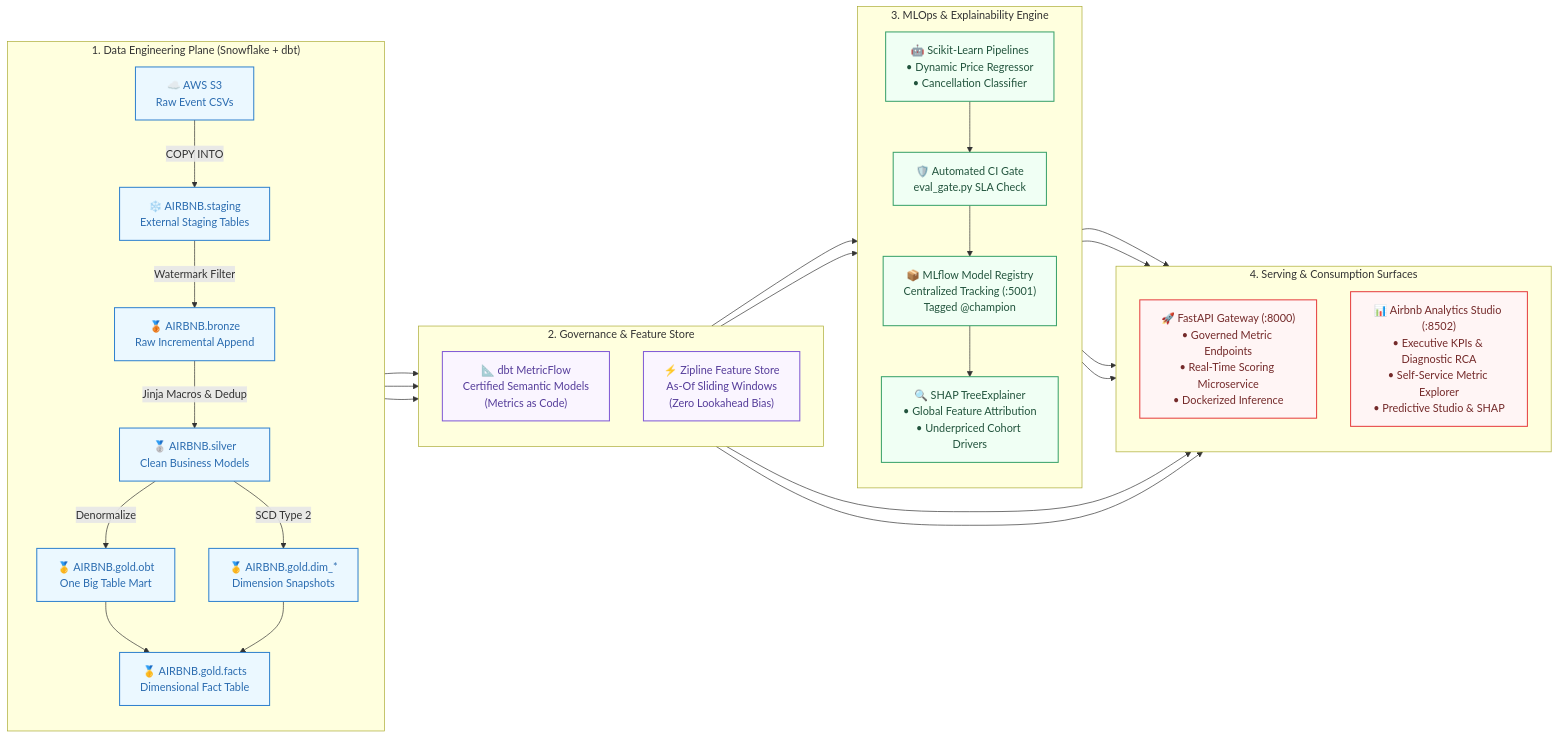
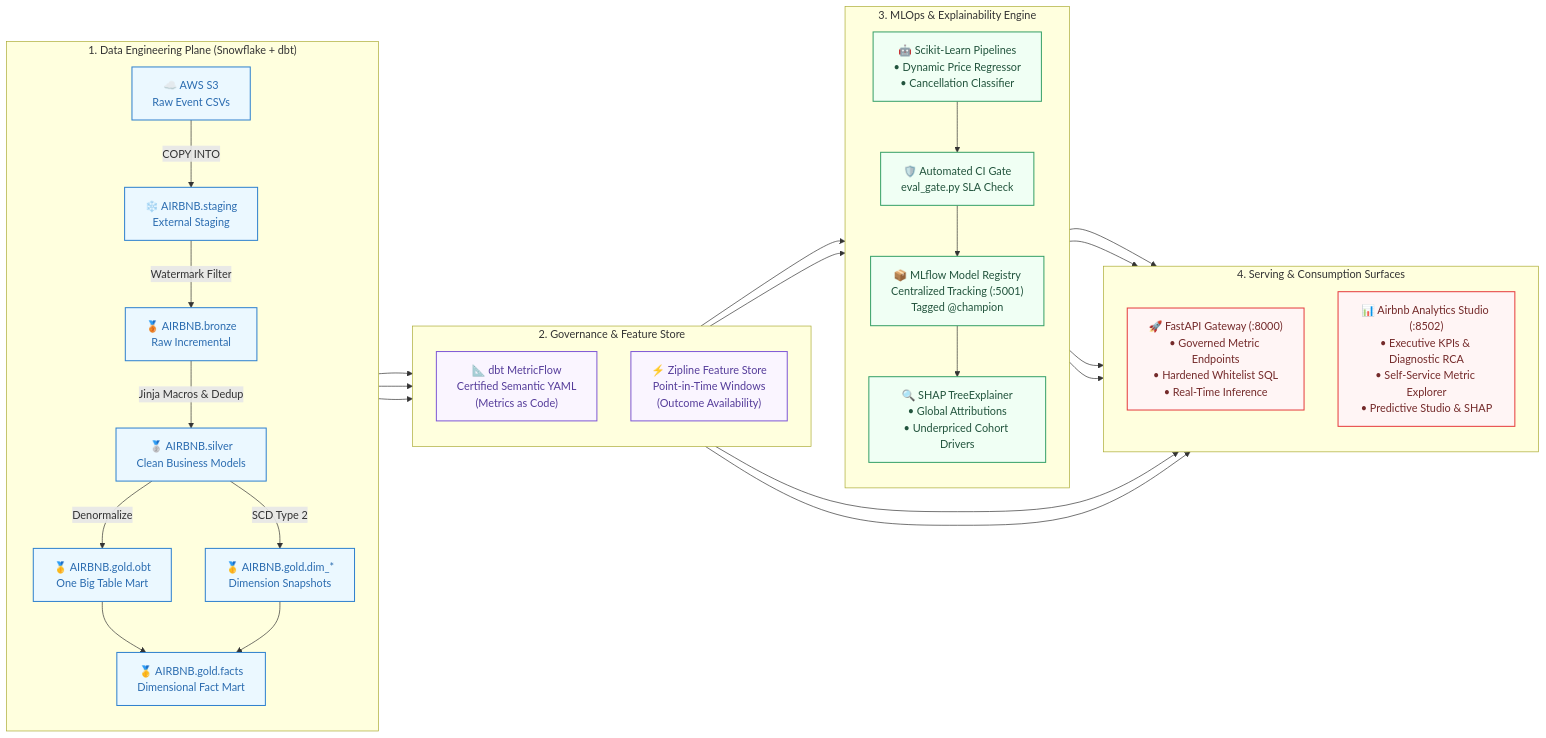
One commit to jimaaa17/airbnb-snowflake-dbt-pipeline changed the diagram in README.md. Above: the diagram before and after it, drawn with Mermaid. The commit also changed other lines of this file and 20 other files, not shown here.

Commit message:
docs & arch: resolve senior review findings (reconciled benchmarks, SQL hardening, zero-leakage outcome availability, least-privilege credentials)

````diff
--- a/README.md
+++ b/README.md
@@ -63,51 +53,47 @@
 ```mermaid
 flowchart LR
-    %% Subgraph 1: Data Engineering Plane
     subgraph DEP["1. Data Engineering Plane (Snowflake + dbt)"]
         direction TB
-        S3["☁️ AWS S3<br/>Raw Event CSVs"] -->|"COPY INTO"| STG["❄️ AIRBNB.staging<br/>External Staging Tables"]
-        STG -->|"Watermark Filter"| BRZ["🥉 AIRBNB.bronze<br/>Raw Incremental Append"]
+        S3["☁️ AWS S3<br/>Raw Event CSVs"] -->|"COPY INTO"| STG["❄️ AIRBNB.staging<br/>External Staging"]
+        STG -->|"Watermark Filter"| BRZ["🥉 AIRBNB.bronze<br/>Raw Incremental"]
         BRZ -->|"Jinja Macros & Dedup"| SLV["🥈 AIRBNB.silver<br/>Clean Business Models"]
         SLV -->|"Denormalize"| OBT["🥇 AIRBNB.gold.obt<br/>One Big Table Mart"]
         SLV -->|"SCD Type 2"| DIM["🥇 AIRBNB.gold.dim_*<br/>Dimension Snapshots"]
-        OBT & DIM --> FACTS["🥇 AIRBNB.gold.facts<br/>Dimensional Fact Table"]
+        OBT & DIM --> FACTS["🥇 AIRBNB.gold.facts<br/>Dimensional Fact Mart"]
     end
 
-    %% Subgraph 2: Semantic & Feature Store Plane
     subgraph GOV["2. Governance & Feature Store"]
         direction TB
-        OBT --> MF["📐 dbt MetricFlow<br/>Certified Semantic Models<br/>(Metrics as Code)"]
-        OBT --> FS["⚡ Zipline Feature Store<br/>As-Of Sliding Windows<br/>(Zero Lookahead Bias)"]
+        OBT --> MF["📐 dbt MetricFlow<br/>Certified Semantic YAML<br/>(Metrics as Code)"]
+        OBT --> FS["⚡ Zipline Feature Store<br/>Point-in-Time Windows<br/>(Outcome Availability)"]
     end
 
-    %% Subgraph 3: MLOps & Explainability Plane
     subgraph MLOPS["3. MLOps & Explainability Engine"]
         direction TB
         FS --> TRN["🤖 Scikit-Learn Pipelines<br/>• Dynamic Price Regressor<br/>• Cancellation Classifier"]
         TRN --> GATE["🛡️ Automated CI Gate<br/>eval_gate.py SLA Check"]
         GATE --> REG["📦 MLflow Model Registry<br/>Centralized Tracking (:5001)<br/>Tagged @champion"]
-        REG --> SHAP["🔍 SHAP TreeExplainer<br/>• Global Feature Attribution<br/>• Underpriced Cohort Drivers"]
+        REG --> SHAP["🔍 SHAP TreeExplainer<br/>• Global Attributions<br/>• Underpriced Cohort Drivers"]
     end
 
-    %% Subgraph 4: Consumption & Serving Plane
     subgraph SERVE["4. Serving & Consumption Surfaces"]
         direction TB
-        MF --> API["🚀 FastAPI Gateway (:8000)<br/>• Governed Metric Endpoints<br/>• Real-Time Scoring Microservice<br/>• Dockerized Inference"]
+        MF --> API["🚀 FastAPI Gateway (:8000)<br/>• Governed Metric Endpoints<br/>• Hardened Whitelist SQL<br/>• Real-Time Inference"]
         REG --> API
         MF & REG & SHAP --> APP["📊 Airbnb Analytics Studio (:8502)<br/>• Executive KPIs & Diagnostic RCA<br/>• Self-Service Metric Explorer<br/>• Predictive Studio & SHAP"]
     end
 
     DEP --> GOV
     GOV --> MLOPS
     MLOPS --> SERVE
 
     classDef blue fill:#EBF8FF,stroke:#3182CE,stroke-width:1.5px,color:#2B6CB0;
     classDef purple fill:#FAF5FF,stroke:#805AD5,stroke-width:1.5px,color:#553C9A;
     classDef green fill:#F0FFF4,stroke:#38A169,stroke-width:1.5px,color:#22543D;
     classDef coral fill:#FFF5F5,stroke:#E53E3E,stroke-width:1.5px,color:#742A2A;
 
     class S3,STG,BRZ,SLV,OBT,DIM,FACTS blue;
     class MF,FS purple;
     class TRN,GATE,REG,SHAP green;
     class API,APP coral;
 ```
````
